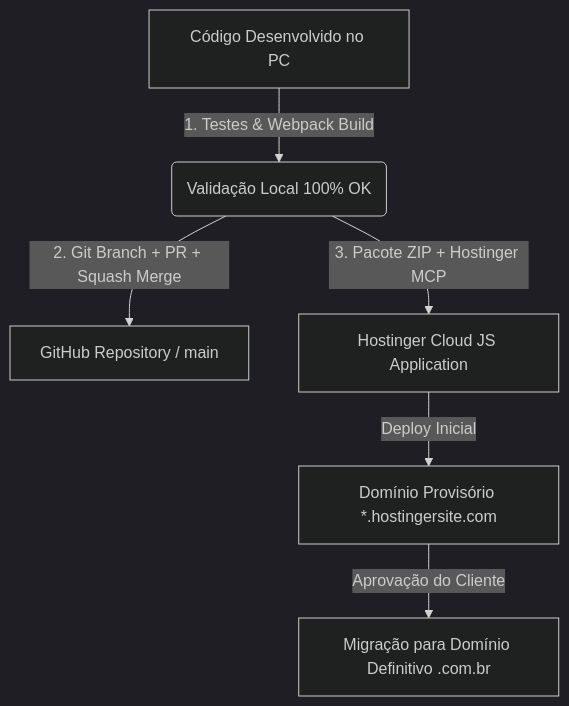
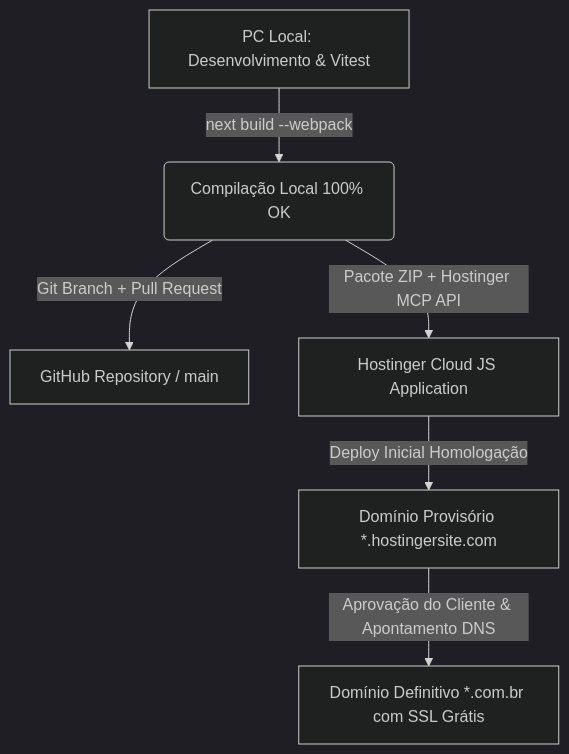
The diagram in PROJECT_BLUEPRINT.md (FerCM-SMM/AgroPetPrime), drawn with Mermaid (dark theme) before and after one commit. The commit also changed other lines of this file, not shown here.

Commit message:
docs: enriquece PROJECT_BLUEPRINT.md com Esquadrao Multi-Agente (Atlas Dev, Nova Design, Hermes Copy, Orion PM) e skills publicas

````diff
--- a/PROJECT_BLUEPRINT.md
+++ b/PROJECT_BLUEPRINT.md
@@ -138,8 +164,8 @@
 ```mermaid
 graph TD
-    A[Código Desenvolvido no PC] -->|1. Testes & Webpack Build| B(Validação Local 100% OK)
-    B -->|2. Git Branch + PR + Squash Merge| C[GitHub Repository / main]
-    B -->|3. Pacote ZIP + Hostinger MCP| D[Hostinger Cloud JS Application]
-    D -->|Deploy Inicial| E[Domínio Provisório *.hostingersite.com]
-    E -->|Aprovação do Cliente| F[Migração para Domínio Definitivo .com.br]
+    A[PC Local: Desenvolvimento & Vitest] -->|next build --webpack| B(Compilação Local 100% OK)
+    B -->|Git Branch + Pull Request| C[GitHub Repository / main]
+    B -->|Pacote ZIP + Hostinger MCP API| D[Hostinger Cloud JS Application]
+    D -->|Deploy Inicial Homologação| E[Domínio Provisório *.hostingersite.com]
+    E -->|Aprovação do Cliente & Apontamento DNS| F[Domínio Definitivo *.com.br com SSL Grátis]
 ```
````
